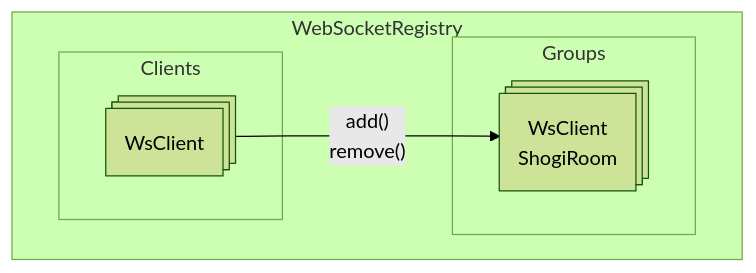
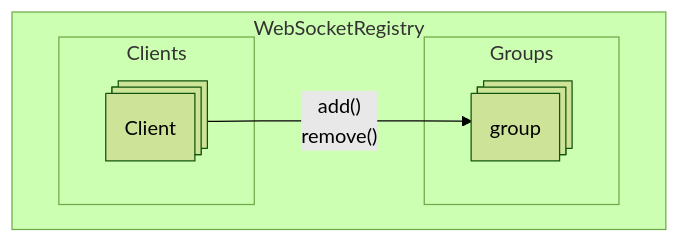
One commit to fujitashuichi/undo-shogi changed the first of 3 diagrams in apps/backend/ws/WebScketRegistry.md. Above: the diagram before and after it, drawn with Mermaid (forest theme). The commit also changed other lines of this file and 6 other files, not shown here.

````diff
--- a/apps/backend/ws/WebScketRegistry.md
+++ b/apps/backend/ws/WebScketRegistry.md
@@ -1,16 +1,16 @@
 ```mermaid
 flowchart TD
 
 subgraph WebSocketRegistry
   subgraph Groups
-    group@{ shape: procs, label: "WsClient\nShogiRoom" }
+    group@{ shape: procs, label: "group" }
   end
 
   subgraph Clients
-    client@{ shape: procs, label: "WsClient" }
+    client@{ shape: procs, label: "Client" }
   end
 
 
   client -->|"add()\nremove()"| group
 end
 ```
````
